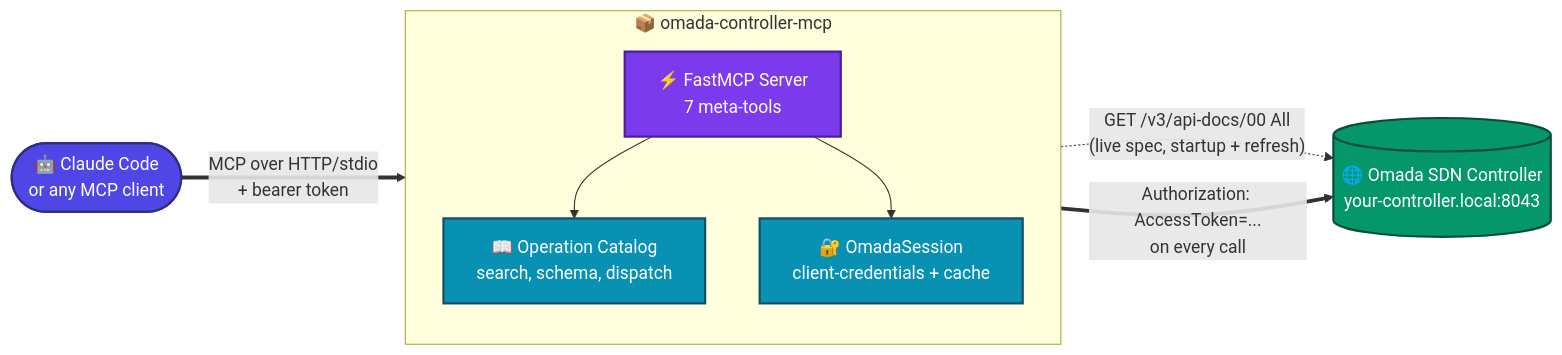
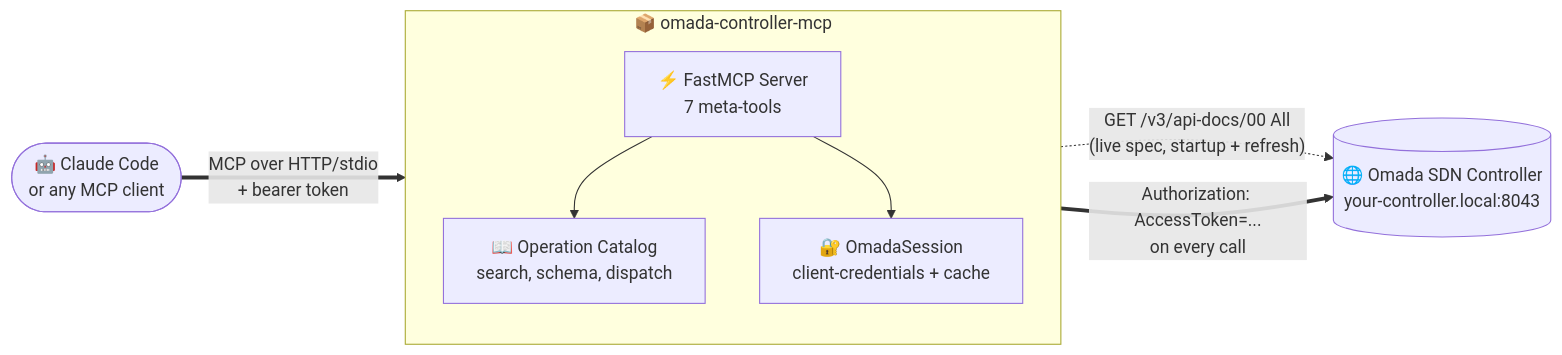
One commit to samhaque/omada-controller-mcp changed the first of 2 diagrams in README.md. Above: the diagram before and after it, drawn with Mermaid. The commit also changed other lines of this file, not shown here.

First line of the commit message:
Simplify Mermaid diagrams to default theme

````diff
--- a/README.md
+++ b/README.md
@@ -18,29 +18,19 @@
 ```mermaid
 flowchart LR
     Agent(["🤖 Claude Code<br/>or any MCP client"])
 
     subgraph MCP["📦 omada-controller-mcp"]
         direction TB
         Server["⚡ FastMCP Server<br/>7 meta-tools"]
         Catalog["📖 Operation Catalog<br/>search, schema, dispatch"]
         Auth["🔐 OmadaSession<br/>client-credentials + cache"]
         Server --> Catalog
         Server --> Auth
     end
 
     Controller[("🌐 Omada SDN Controller<br/>your-controller.local:8043")]
 
     Agent == "MCP over HTTP/stdio<br/>+ bearer token" ==> Server
     Catalog -. "GET /v3/api-docs/00 All<br/>(live spec, startup + refresh)" .-> Controller
     Auth == "Authorization: AccessToken=...<br/>on every call" ==> Controller
-
-    classDef agent fill:#4f46e5,stroke:#312e81,color:#ffffff,stroke-width:2px
-    classDef server fill:#7c3aed,stroke:#4c1d95,color:#ffffff,stroke-width:2px
-    classDef internal fill:#0891b2,stroke:#164e63,color:#ffffff,stroke-width:2px
-    classDef controller fill:#059669,stroke:#064e3b,color:#ffffff,stroke-width:2px
-
-    class Agent agent
-    class Server server
-    class Catalog,Auth internal
-    class Controller controller
 ```
````
